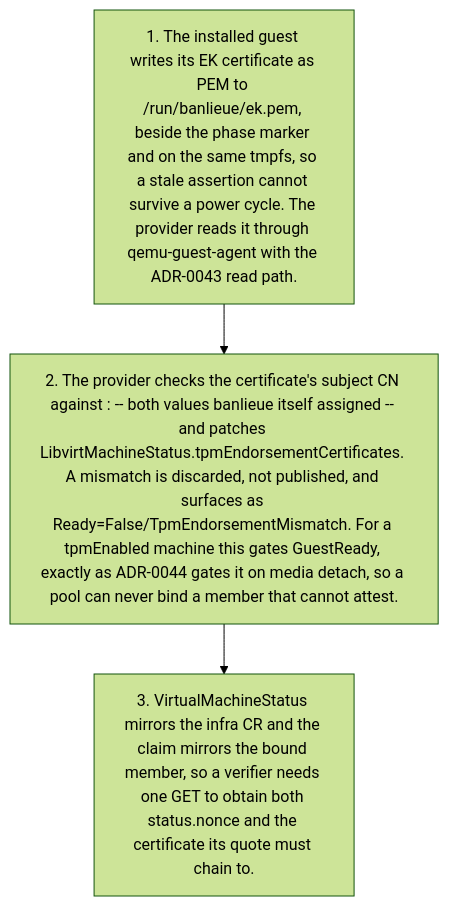
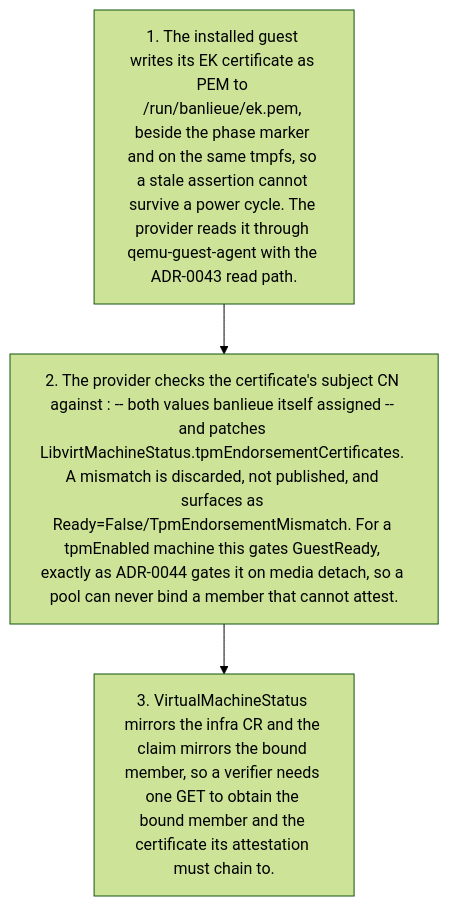
Diagram 11 of 13 in docs/src/architecture/flows.md (firestoned/banlieue), drawn with Mermaid (forest theme) before and after one commit. The commit also changed other lines of this file and 20 other files, not shown here.

Commit message:
docs(adr): accept ADR-0108; amend ADR-0049 (SPIRE attestation, status.nonce retired) (#142)

````diff
--- a/docs/src/architecture/flows.md
+++ b/docs/src/architecture/flows.md
@@ -207,7 +207,7 @@
 ```mermaid
 flowchart TD
     t1["1. The installed guest writes its EK certificate as PEM to /run/banlieue/ek.pem, beside the phase marker and on the same tmpfs, so a stale assertion cannot survive a power cycle. The provider reads it through qemu-guest-agent with the ADR-0043 read path."]
     t2["2. The provider checks the certificate's subject CN against <domain-name>:<domain-uuid> -- both values banlieue itself assigned -- and patches LibvirtMachineStatus.tpmEndorsementCertificates. A mismatch is discarded, not published, and surfaces as Ready=False/TpmEndorsementMismatch. For a tpmEnabled machine this gates GuestReady, exactly as ADR-0044 gates it on media detach, so a pool can never bind a member that cannot attest."]
-    t3["3. VirtualMachineStatus mirrors the infra CR and the claim mirrors the bound member, so a verifier needs one GET to obtain both status.nonce and the certificate its quote must chain to."]
+    t3["3. VirtualMachineStatus mirrors the infra CR and the claim mirrors the bound member, so a verifier needs one GET to obtain the bound member and the certificate its attestation must chain to."]
     t1 --> t2 --> t3
 ```
````
